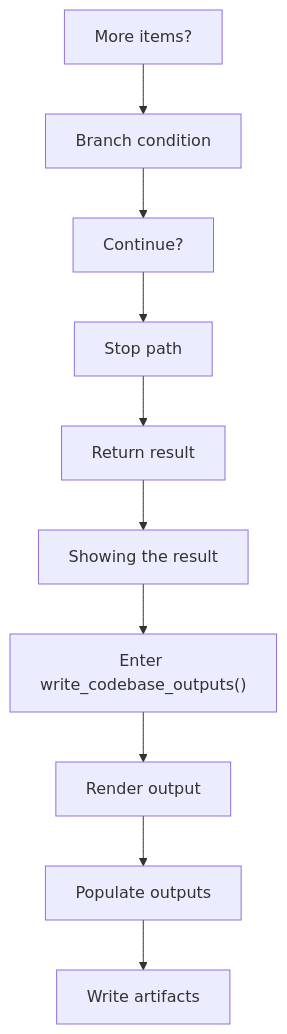
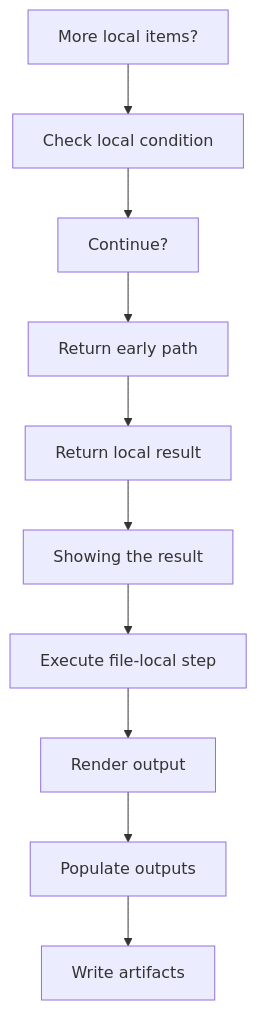
The third of 10 diagrams in docs/Codebase/Microservice/Modules/Source/OutputGeneration/Render/codebase_output_writer.cpp.md (JohnAndrewBalbarosa/NeoTerritory), drawn with Mermaid before and after one commit. The commit also changed other lines of this file and 915 other files, not shown here.

````diff
--- a/docs/Codebase/Microservice/Modules/Source/OutputGeneration/Render/codebase_output_writer.cpp.md
+++ b/docs/Codebase/Microservice/Modules/Source/OutputGeneration/Render/codebase_output_writer.cpp.md
@@ -82,22 +81,22 @@
 ```mermaid
 flowchart TD
-    N0["More items?"]
-    N1["Branch condition"]
+    N0["More local items?"]
+    N1["Check local condition"]
     N2["Continue?"]
-    N3["Stop path"]
-    N4["Return result"]
+    N3["Return early path"]
+    N4["Return local result"]
     N5["Showing the result"]
-    N6["Enter write_codebase_outputs()"]
+    N6["Execute file-local step"]
     N7["Render output"]
     N8["Populate outputs"]
     N9["Write artifacts"]
     N0 --> N1
     N1 --> N2
     N2 --> N3
     N3 --> N4
     N4 --> N5
     N5 --> N6
     N6 --> N7
     N7 --> N8
     N8 --> N9
 ```
````
